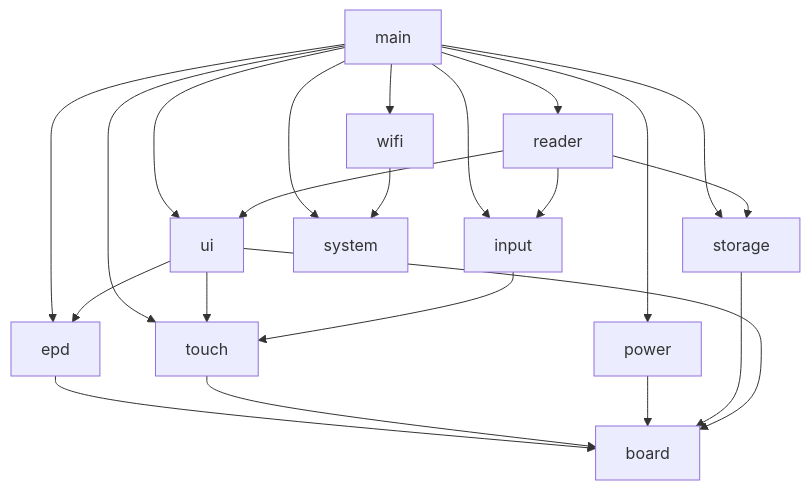
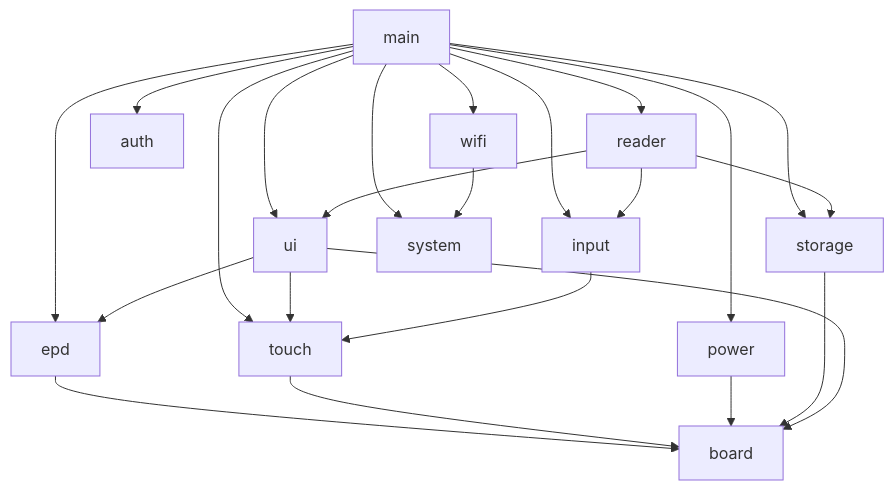
The first of 2 diagrams in README.md (xiaobaoaaaaaa/ESPaperPlay), drawn with Mermaid before and after one commit. The commit also changed other lines of this file and 5 other files, not shown here.

````diff
--- a/README.md
+++ b/README.md
@@ -59,29 +60,30 @@
 ```mermaid
 graph TD
     main[main] --> reader[reader]
     main --> ui[ui]
     main --> input[input]
     main --> power[power]
     main --> storage[storage]
     main --> system[system]
+    main --> auth[auth]
     main --> wifi[wifi]
     main --> touch[touch]
     main --> epd[epd]
 
     wifi --> system
 
     reader --> ui
     reader --> input
     reader --> storage
 
     ui --> epd
     ui --> touch
 
     input --> touch
 
     epd --> board[board]
     touch --> board
     power --> board
     storage --> board
     ui --> board
 ```
````
